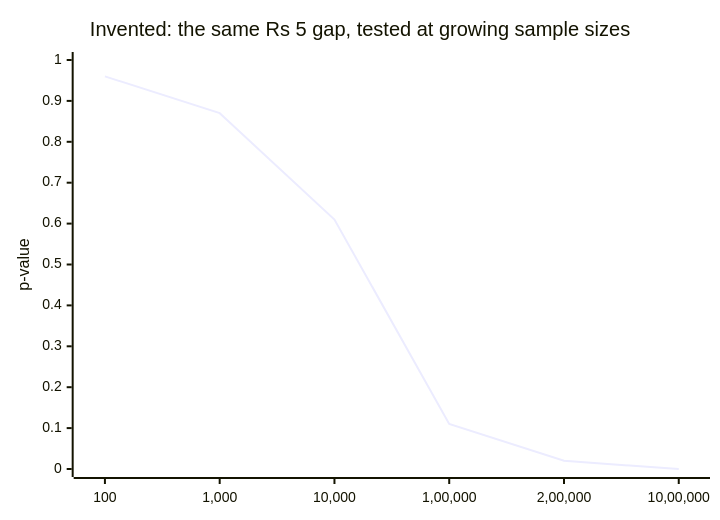
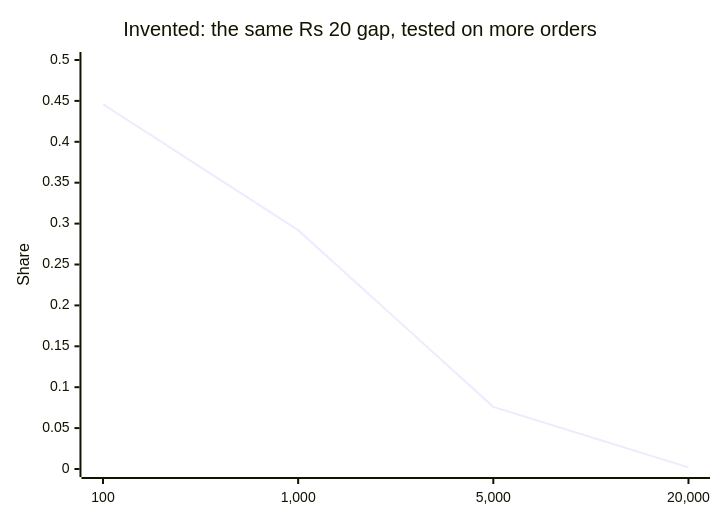
One commit to fde-academy-lab/c2-content-factory changed diagram 14 of 32 in content/W01/D4/slides/C2_W01_D04_half1_STUDENT.md. Above: the diagram before and after it, drawn with Mermaid. The commit also changed other lines of this file and 13 other files, not shown here.

````diff
--- a/content/W01/D4/slides/C2_W01_D04_half1_STUDENT.md
+++ b/content/W01/D4/slides/C2_W01_D04_half1_STUDENT.md
@@ -523,7 +583,7 @@
 ```mermaid
 xychart-beta
-    title "Invented: the same Rs 5 gap, tested at growing sample sizes"
-    x-axis ["100", "1,000", "10,000", "1,00,000", "2,00,000", "10,00,000"]
-    y-axis "p-value" 0 --> 1
-    line [0.96, 0.87, 0.61, 0.11, 0.02, 0.0000004]
+    title "Invented: the same Rs 20 gap, tested on more orders"
+    x-axis ["100", "1,000", "5,000", "20,000"]
+    y-axis "Share" 0 --> 0.5
+    line [0.446, 0.292, 0.076, 0.002]
 ```
````
